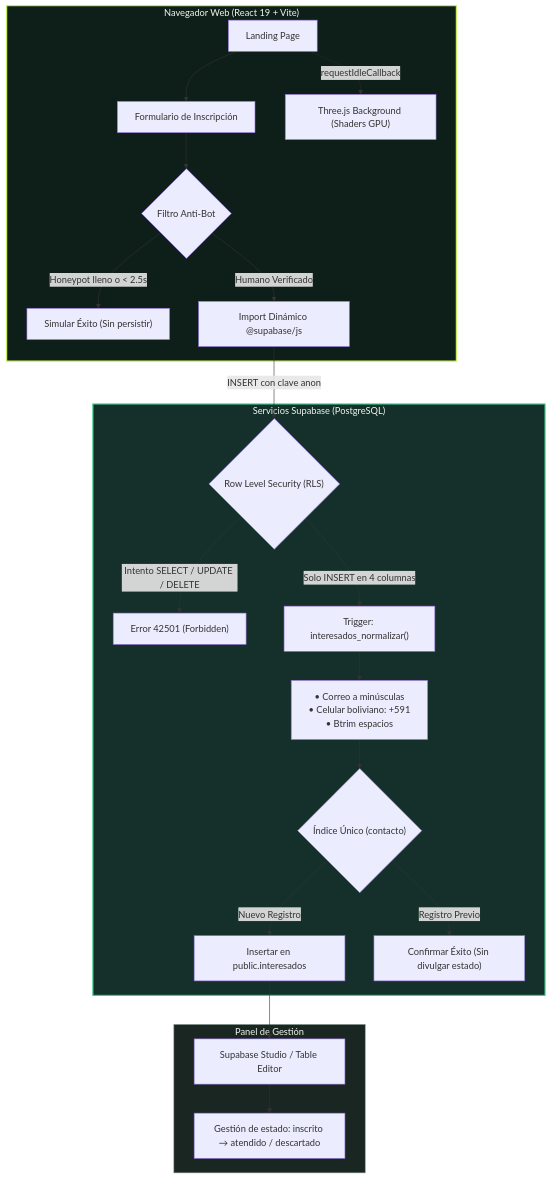
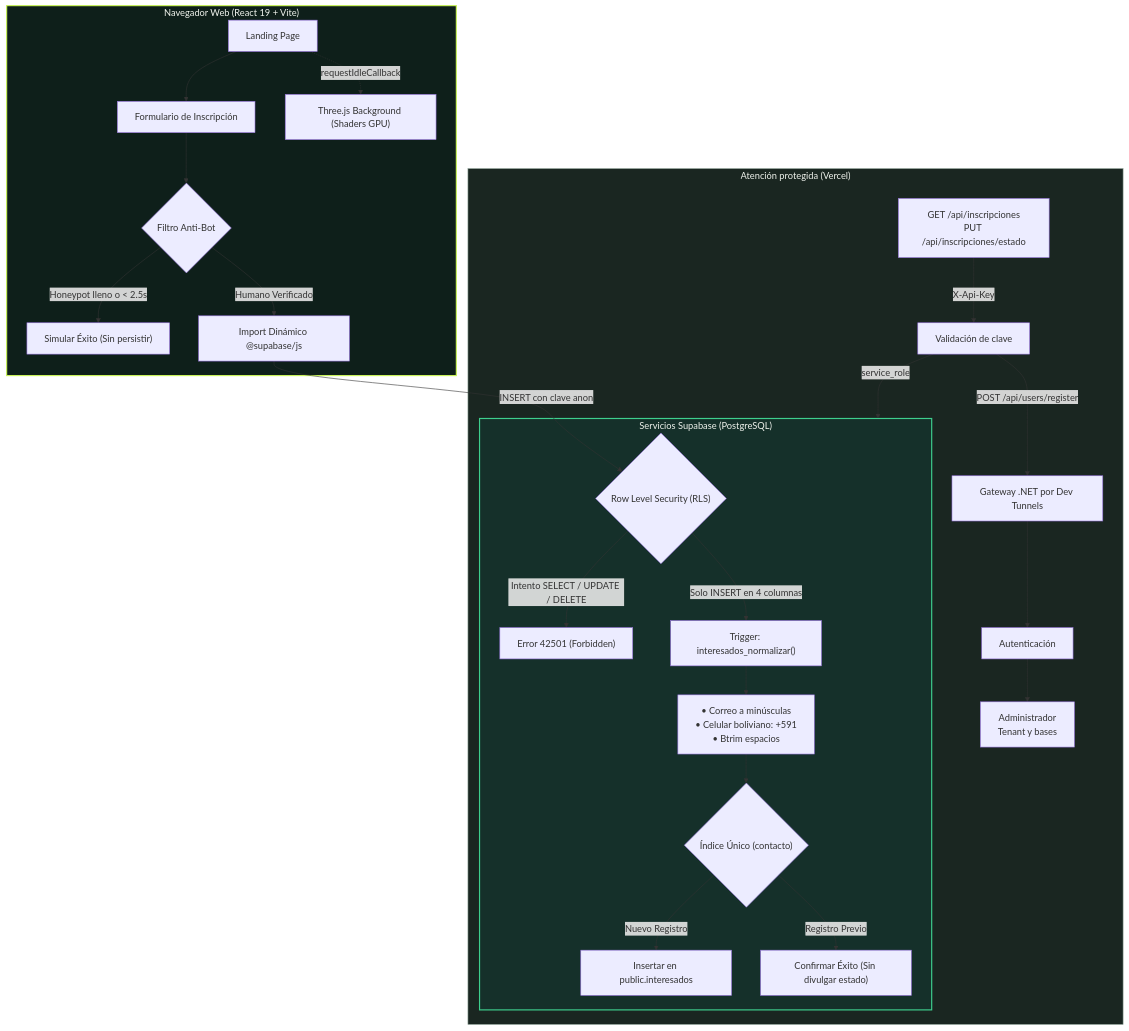
Before and after one commit to Petra761/tuki-landing: the diagram in README.md, drawn with Mermaid. The commit also changed other lines of this file and 11 other files, not shown here.

````diff
--- a/README.md
+++ b/README.md
@@ -114,32 +114,36 @@
 ```mermaid
 flowchart TD
     subgraph Cliente["Navegador Web (React 19 + Vite)"]
         Landing["Landing Page"] --> Interaccion["Formulario de Inscripción"]
         Landing -.->|requestIdleCallback| ThreeBG["Three.js Background (Shaders GPU)"]
         
         Interaccion --> Filtro{"Filtro Anti-Bot"}
         Filtro -- "Honeypot lleno o < 2.5s" --> FakeOK["Simular Éxito (Sin persistir)"]
         Filtro -- "Humano Verificado" --> DynamicSupabase["Import Dinámico @supabase/js"]
     end
 
     subgraph Supabase["Servicios Supabase (PostgreSQL)"]
         DynamicSupabase -->|INSERT con clave anon| RLS{"Row Level Security (RLS)"}
         RLS -- "Intento SELECT / UPDATE / DELETE" --> Rechazo["Error 42501 (Forbidden)"]
         RLS -- "Solo INSERT en 4 columnas" --> Normalizar["Trigger: interesados_normalizar()"]
         
         Normalizar --> CleanData["• Correo a minúsculas\n• Celular boliviano: +591\n• Btrim espacios"]
         CleanData --> Unique{"Índice Único (contacto)"}
         
         Unique -- "Nuevo Registro" --> Insert["Insertar en public.interesados"]
         Unique -- "Registro Previo" --> Conflicto["Confirmar Éxito (Sin divulgar estado)"]
     end
 
-    subgraph Admin["Panel de Gestión"]
-        Insert --> TableEditor["Supabase Studio / Table Editor"]
-        TableEditor --> Gestion["Gestión de estado: inscrito → atendido / descartado"]
+    subgraph Atencion["Atención protegida (Vercel)"]
+        Endpoint["GET /api/inscripciones<br/>PUT /api/inscripciones/estado"]
+        Endpoint -->|X-Api-Key| ServerKey["Validación de clave"]
+        ServerKey -->|service_role| Supabase
+        ServerKey -->|POST /api/users/register| Gateway["Gateway .NET por Dev Tunnels"]
+        Gateway --> Auth["Autenticación"]
+        Auth --> Admin["Administrador<br/>Tenant y bases"]
     end
 
     style Cliente fill:#0E1F1A,stroke:#C8F25A,stroke-width:2px,color:#F1F4EE
     style Supabase fill:#15302A,stroke:#3ECF8E,stroke-width:2px,color:#F1F4EE
-    style Admin fill:#1A2621,stroke:#8CA096,stroke-width:1px,color:#F1F4EE
+    style Atencion fill:#1A2621,stroke:#8CA096,stroke-width:1px,color:#F1F4EE
 ```
````
